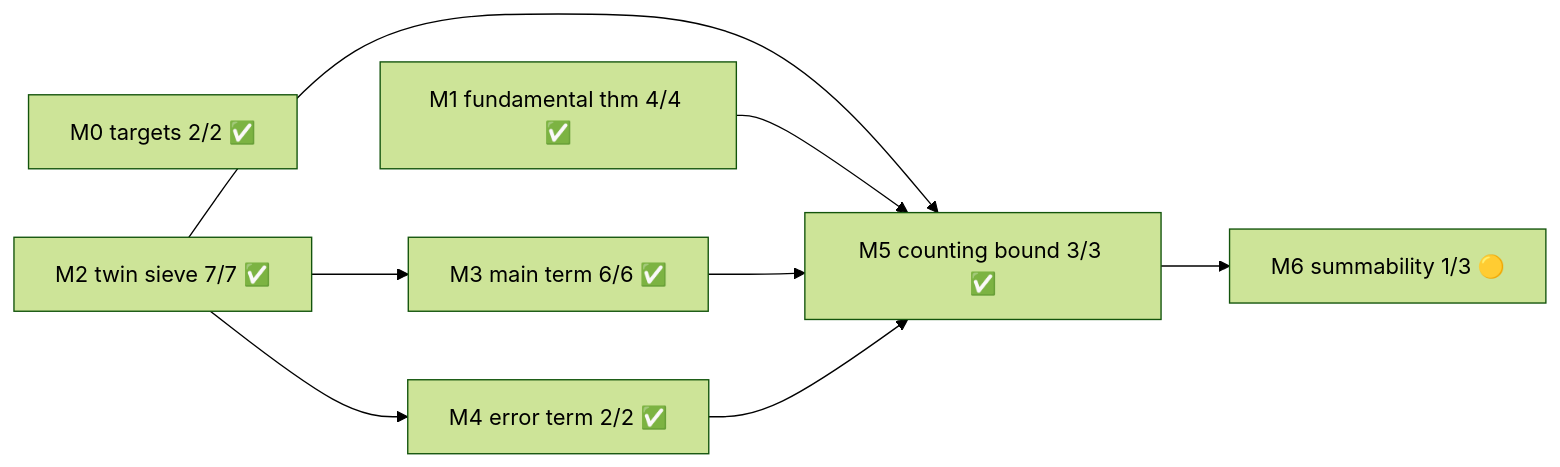
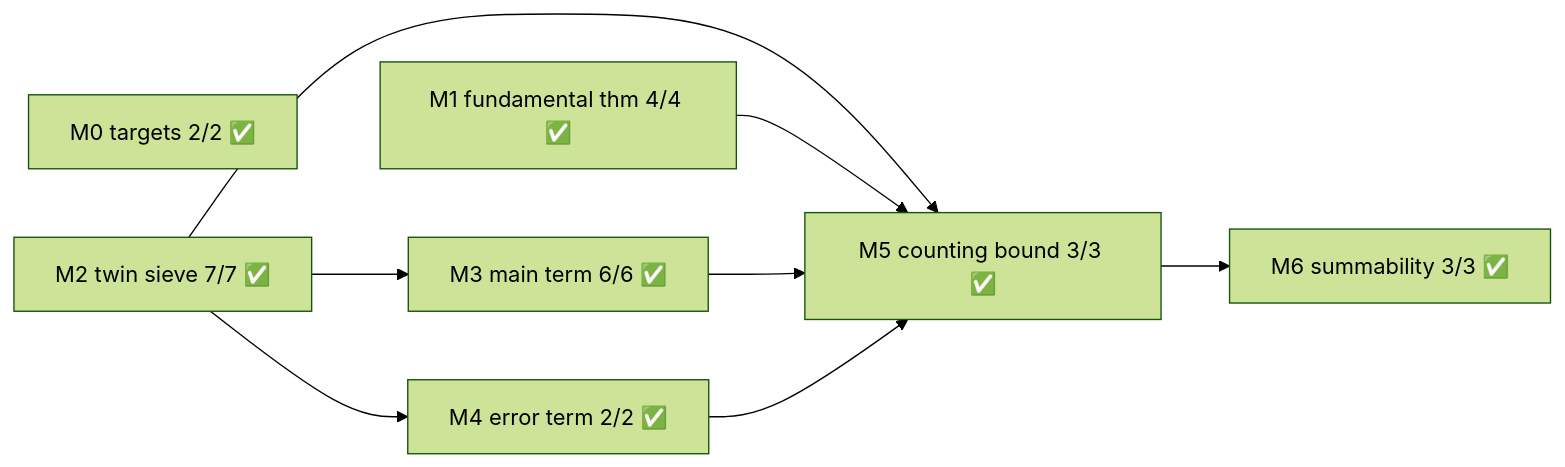
One commit to jyh/salt changed the first of 2 diagrams in docs/blueprints/brun-guide.md. Above: the diagram before and after it, drawn with Mermaid (forest theme). The commit also changed other lines of this file, not shown here.

First line of the commit message:
docs: fix stale N3.3 card + M6 table/graph rows (silent no-op replaces)

````diff
--- a/docs/blueprints/brun-guide.md
+++ b/docs/blueprints/brun-guide.md
@@ -234,17 +234,17 @@
 ```mermaid
 flowchart LR
   M0["M0 targets 2/2 ✅"]
   M1["M1 fundamental thm 4/4 ✅"]
   M2["M2 twin sieve 7/7 ✅"]
   M3["M3 main term 6/6 ✅"]
   M4["M4 error term 2/2 ✅"]
   M5["M5 counting bound 3/3 ✅"]
-  M6["M6 summability 1/3 🟡"]
+  M6["M6 summability 3/3 ✅"]
   M2 --> M3
   M2 --> M4
   M2 --> M5
   M1 --> M5
   M3 --> M5
   M4 --> M5
   M5 --> M6
 ```
````
